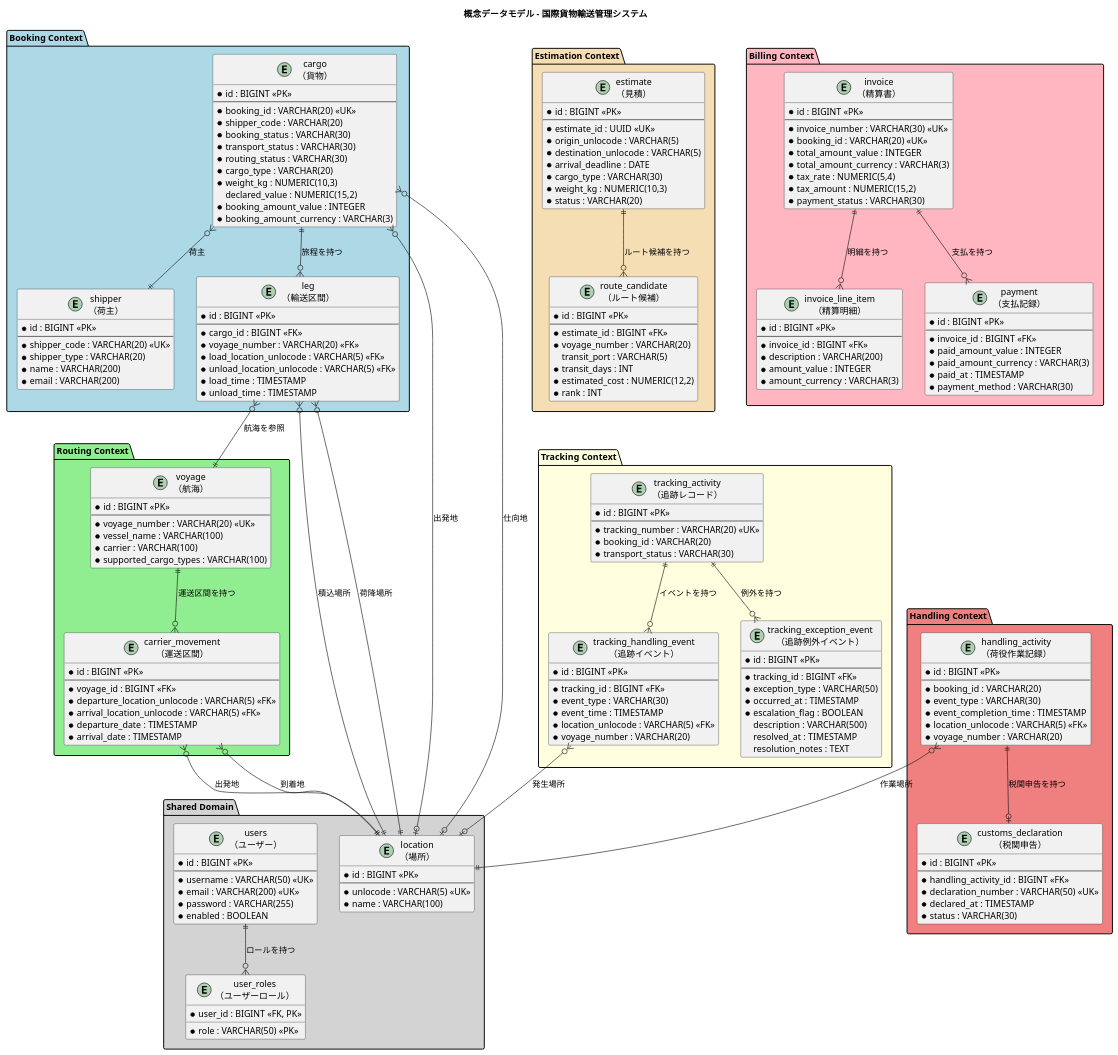
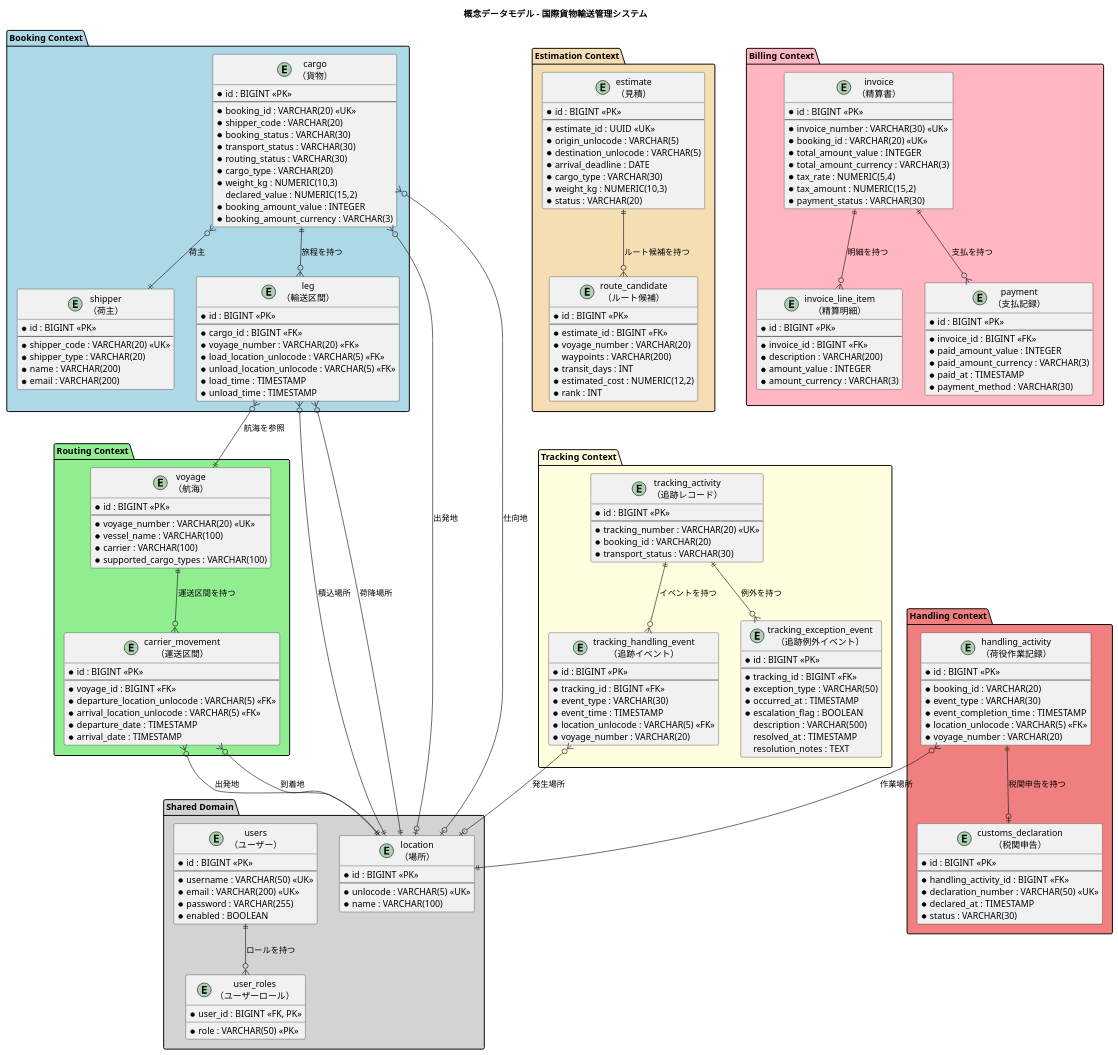
Before and after one commit to k2works/case-study-cargo-tracker: the first of 9 diagrams in docs/design/data-model.md, drawn with PlantUML. The commit also changed other lines of this file and 7 other files, not shown here.

```diff
--- a/docs/design/data-model.md
+++ b/docs/design/data-model.md
@@ -190,7 +190,7 @@
     --
     * estimate_id : BIGINT <<FK>>
     * voyage_number : VARCHAR(20)
-    transit_port : VARCHAR(5)
+    waypoints : VARCHAR(200)
     * transit_days : INT
     * estimated_cost : NUMERIC(12,2)
     * rank : INT
```
